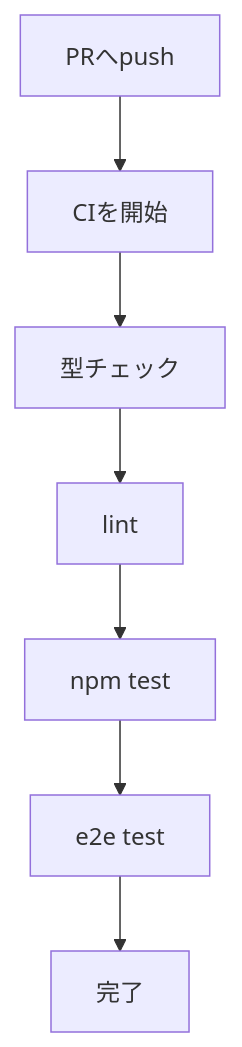
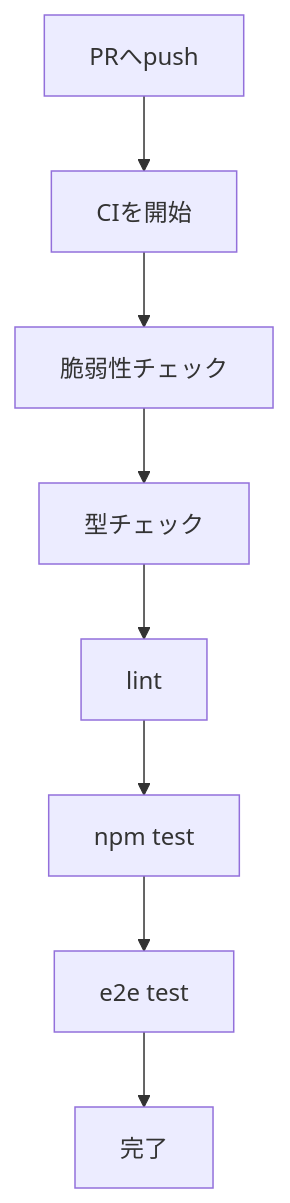
The first of 3 diagrams in docs/design/ci.md (yuuya-1205/selfsketch-web), drawn with Mermaid before and after one commit. The commit also changed other lines of this file, not shown here.

````diff
--- a/docs/design/ci.md
+++ b/docs/design/ci.md
@@ -18,9 +19,10 @@
 ```mermaid
 flowchart TD
   A[PRへpush] --> B[CIを開始]
-  B --> C[型チェック]
-  C --> D[lint]
-  D --> E[npm test]
-  E --> F[e2e test]
-  F --> G[完了]
+  B --> C[脆弱性チェック]
+  C --> D[型チェック]
+  D --> E[lint]
+  E --> F[npm test]
+  F --> G[e2e test]
+  G --> H[完了]
 ```
````
